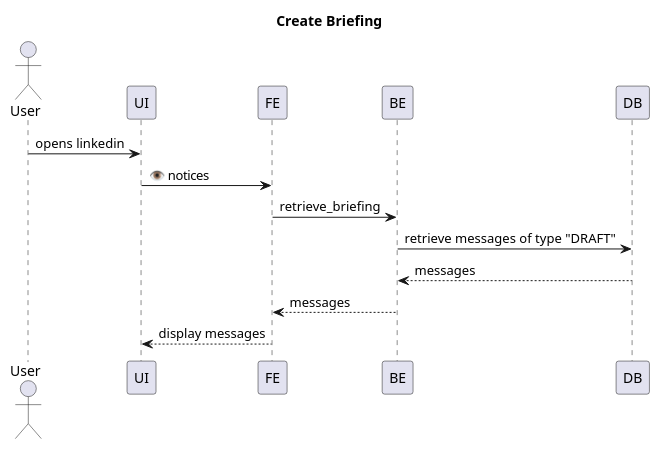
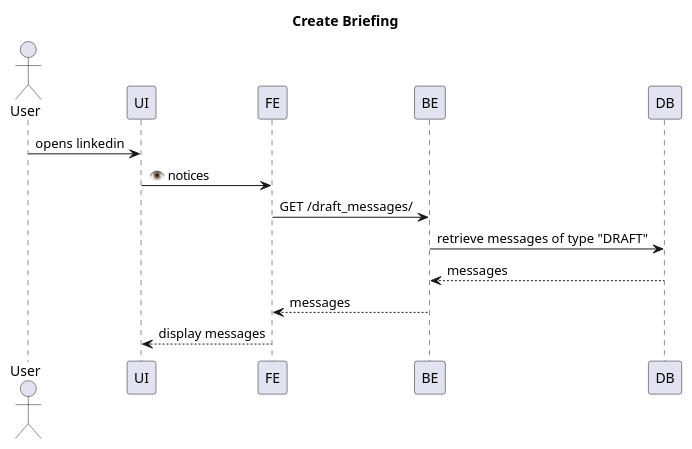
One commit to Itempass/mcphackathon-linkedin-intern changed the diagram in UML_diagrams/create_briefing_sequence_diagram.puml. Above: the diagram before and after it, drawn with PlantUML. The commit also changed 4 other files, not shown here.

First line of the commit message:
updated diagrams with actual endpoint names

```diff
--- a/UML_diagrams/create_briefing_sequence_diagram.puml
+++ b/UML_diagrams/create_briefing_sequence_diagram.puml
@@ -1,17 +1,17 @@
 @startuml
 title Create Briefing
 
 actor User
 participant "UI" as UI
 participant "FE" as FE
 participant "BE" as BE
 participant "DB" as DB
 
 User -> UI: opens linkedin
 UI -> FE: 👁️ notices
-FE -> BE: retrieve_briefing
+FE -> BE: GET /draft_messages/
 BE -> DB: retrieve messages of type "DRAFT"
 DB --> BE: messages
 BE --> FE: messages
 FE --> UI: display messages
 @enduml
```
